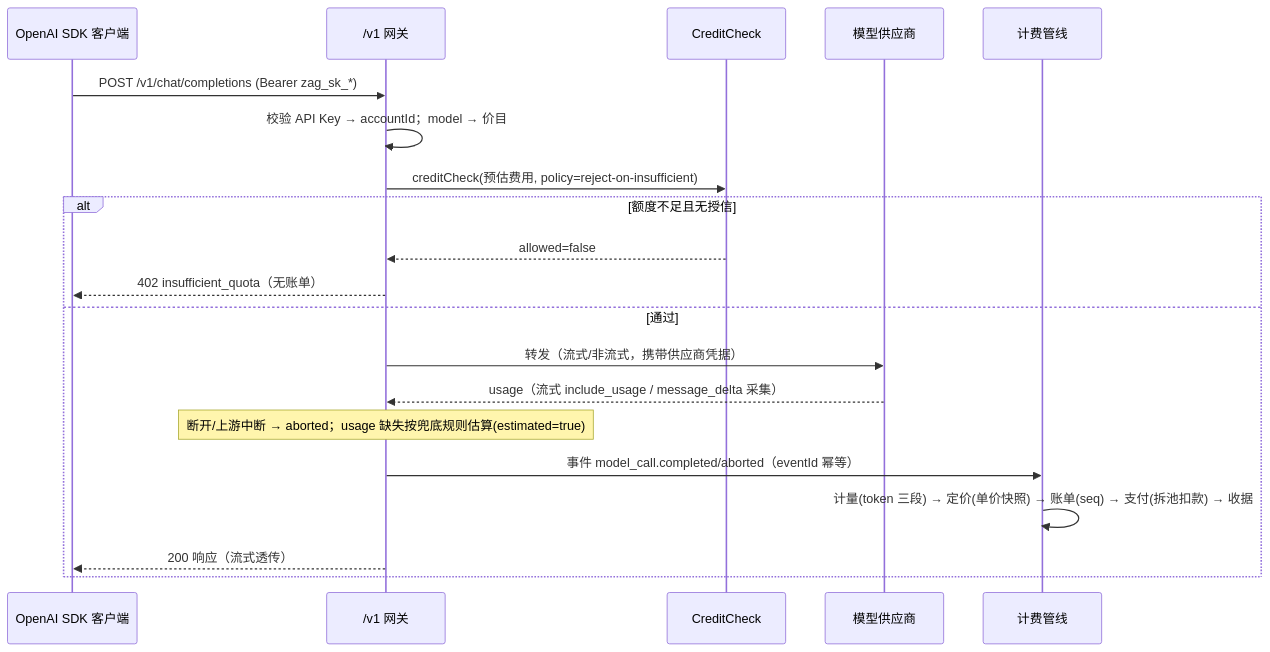
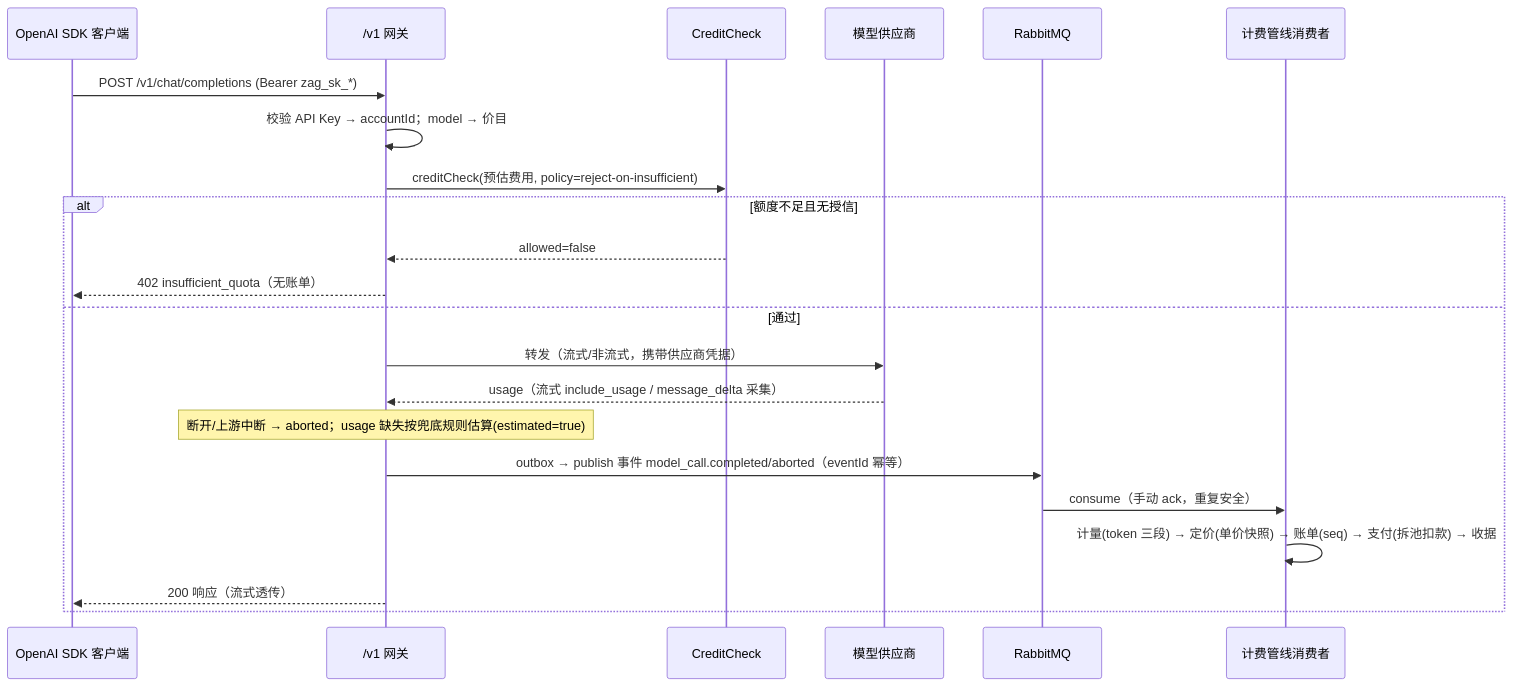
One commit to Deliay/z-agent-gear changed the eighth of 8 diagrams in docs/engineering/proposals/20261018-feat-credits-billing.md. Above: the diagram before and after it, drawn with Mermaid. The commit also changed other lines of this file and 1 other file, not shown here.

Commit message:
docs(billing): 引入 RabbitMQ 事件骨干（outbox+confirm+DLQ 可靠投递，结算消息化）— PRD/提案 v2.1

````diff
--- a/docs/engineering/proposals/20261018-feat-credits-billing.md
+++ b/docs/engineering/proposals/20261018-feat-credits-billing.md
@@ -625,23 +670,25 @@
 ```mermaid
 sequenceDiagram
     participant U as OpenAI SDK 客户端
     participant W as /v1 网关
     participant CK as CreditCheck
     participant P as 模型供应商
-    participant B as 计费管线
+    participant MQ as RabbitMQ
+    participant B as 计费管线消费者
 
     U->>W: POST /v1/chat/completions (Bearer zag_sk_*)
     W->>W: 校验 API Key → accountId；model → 价目
     W->>CK: creditCheck(预估费用, policy=reject-on-insufficient)
     alt 额度不足且无授信
         CK-->>W: allowed=false
         W-->>U: 402 insufficient_quota（无账单）
     else 通过
         W->>P: 转发（流式/非流式，携带供应商凭据）
         P-->>W: usage（流式 include_usage / message_delta 采集）
         Note over W: 断开/上游中断 → aborted；usage 缺失按兜底规则估算(estimated=true)
-        W->>B: 事件 model_call.completed/aborted（eventId 幂等）
+        W->>MQ: outbox → publish 事件 model_call.completed/aborted（eventId 幂等）
+        MQ->>B: consume（手动 ack，重复安全）
         B->>B: 计量(token 三段) → 定价(单价快照) → 账单(seq) → 支付(拆池扣款) → 收据
         W-->>U: 200 响应（流式透传）
     end
 ```
````
